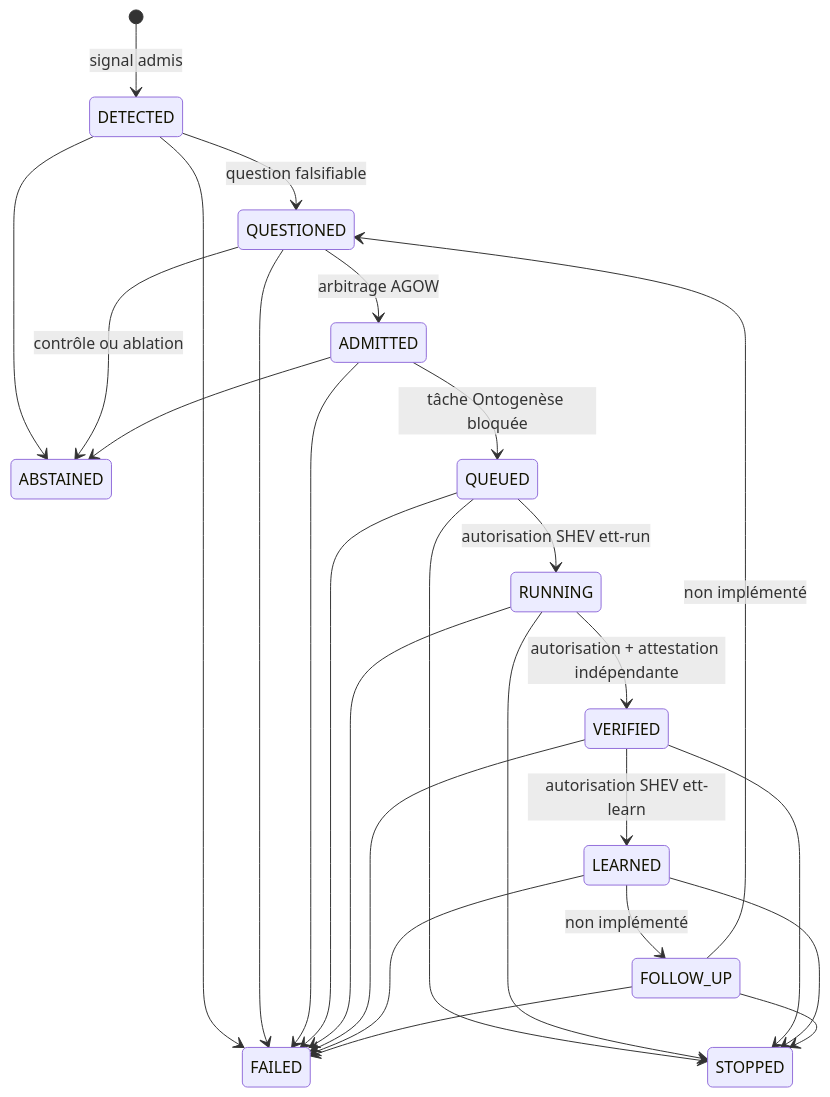
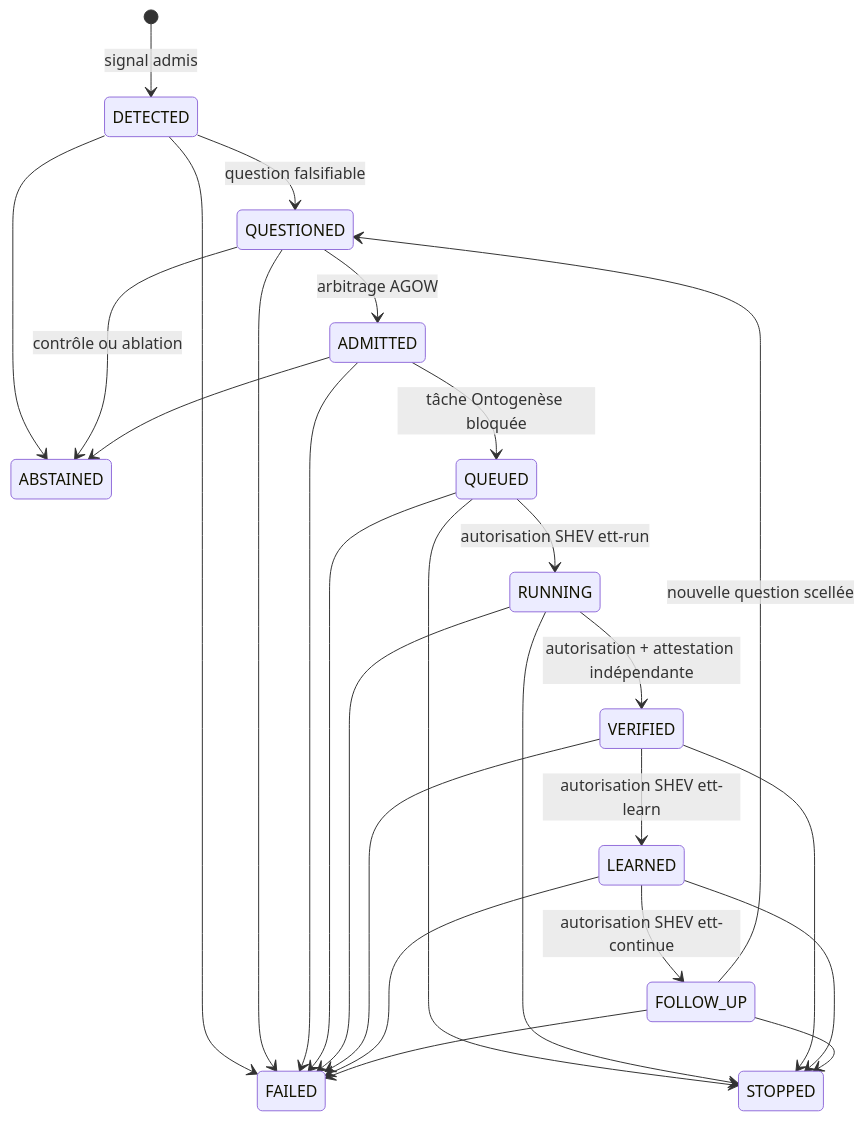
One commit to PISSARAW/GenOS changed the diagram in docs/01-concepts/endogenous-thought-test.md. Above: the diagram before and after it, drawn with Mermaid. The commit also changed other lines of this file and 32 other files, not shown here.

````diff
--- a/docs/01-concepts/endogenous-thought-test.md
+++ b/docs/01-concepts/endogenous-thought-test.md
@@ -184,28 +184,28 @@
 ```mermaid
 stateDiagram-v2
     [*] --> DETECTED: signal admis
     DETECTED --> QUESTIONED: question falsifiable
     DETECTED --> ABSTAINED
     DETECTED --> FAILED
     QUESTIONED --> ADMITTED: arbitrage AGOW
     QUESTIONED --> ABSTAINED: contrôle ou ablation
     QUESTIONED --> FAILED
     ADMITTED --> QUEUED: tâche Ontogenèse bloquée
     ADMITTED --> ABSTAINED
     ADMITTED --> FAILED
     QUEUED --> RUNNING: autorisation SHEV ett-run
     QUEUED --> STOPPED
     QUEUED --> FAILED
     RUNNING --> VERIFIED: autorisation + attestation indépendante
     RUNNING --> STOPPED
     RUNNING --> FAILED
     VERIFIED --> LEARNED: autorisation SHEV ett-learn
     VERIFIED --> STOPPED
     VERIFIED --> FAILED
-    LEARNED --> FOLLOW_UP: non implémenté
+    LEARNED --> FOLLOW_UP: autorisation SHEV ett-continue
     LEARNED --> STOPPED
     LEARNED --> FAILED
-    FOLLOW_UP --> QUESTIONED: non implémenté
+    FOLLOW_UP --> QUESTIONED: nouvelle question scellée
     FOLLOW_UP --> STOPPED
     FOLLOW_UP --> FAILED
 ```
````
